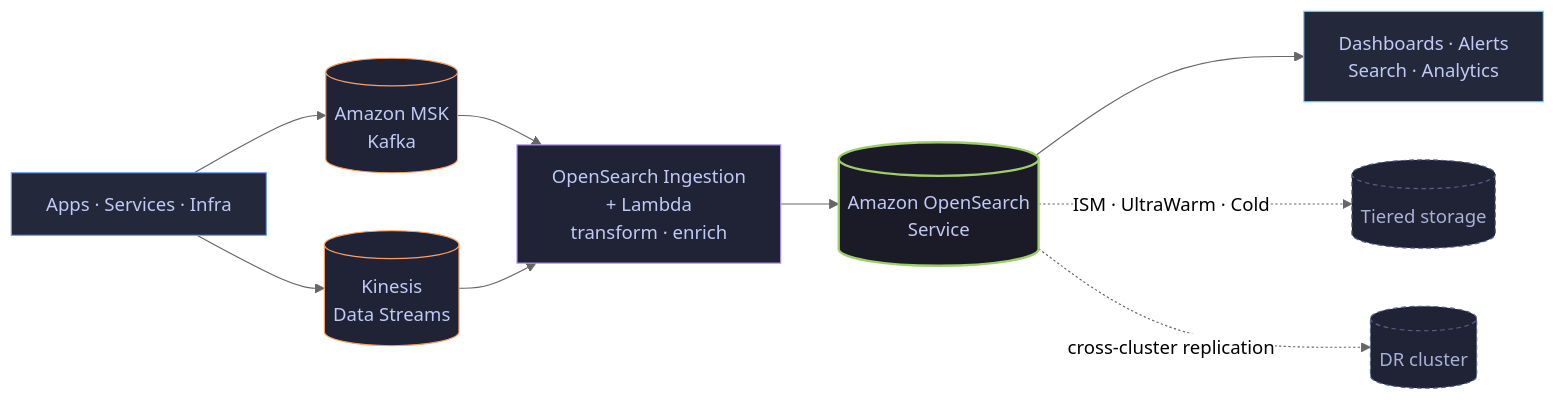
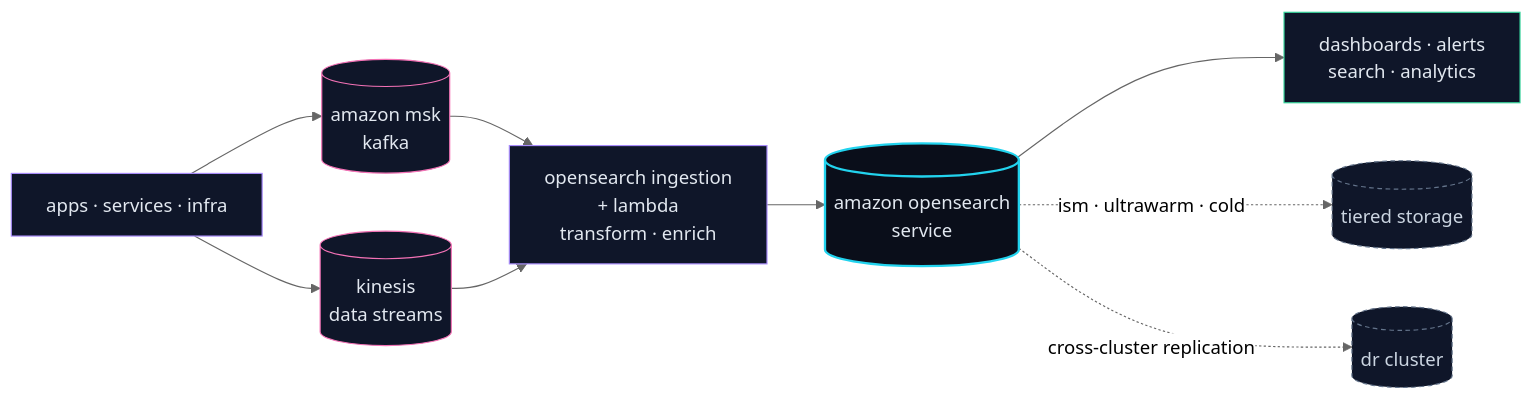
One commit to chetanpanchal27/chetanpanchal27 changed the diagram in README.md. Above: the diagram before and after it, drawn with Mermaid (neutral theme). The commit also changed other lines of this file and 4 other files, not shown here.

````diff
--- a/README.md
+++ b/README.md
@@ -51,19 +42,19 @@
 ```mermaid
 flowchart LR
-    SRC[Apps · Services · Infra]:::src
-    SRC --> MSK[(Amazon MSK<br/>Kafka)]:::stream
-    SRC --> KDS[(Kinesis<br/>Data Streams)]:::stream
-    MSK --> ING[OpenSearch Ingestion<br/>+ Lambda<br/>transform · enrich]:::ing
+    SRC[apps · services · infra]:::src
+    SRC --> MSK[(amazon msk<br/>kafka)]:::stream
+    SRC --> KDS[(kinesis<br/>data streams)]:::stream
+    MSK --> ING[opensearch ingestion<br/>+ lambda<br/>transform · enrich]:::ing
     KDS --> ING
-    ING --> OS[(Amazon OpenSearch<br/>Service)]:::os
-    OS --> DASH[Dashboards · Alerts<br/>Search · Analytics]:::out
-    OS -. ISM · UltraWarm · Cold .-> TIER[(Tiered storage)]:::tier
-    OS -. cross-cluster replication .-> DR[(DR cluster)]:::tier
+    ING --> OS[(amazon opensearch<br/>service)]:::os
+    OS --> OUT[dashboards · alerts<br/>search · analytics]:::out
+    OS -. ism · ultrawarm · cold .-> TIER[(tiered storage)]:::tier
+    OS -. cross-cluster replication .-> DR[(dr cluster)]:::tier
 
-    classDef src fill:#24283b,stroke:#7aa2f7,color:#c0caf5
-    classDef stream fill:#1f2335,stroke:#ff9e64,color:#c0caf5
-    classDef ing fill:#1f2335,stroke:#bb9af7,color:#c0caf5
-    classDef os fill:#1a1b27,stroke:#9ece6a,color:#c0caf5,stroke-width:2px
-    classDef out fill:#24283b,stroke:#7dcfff,color:#c0caf5
-    classDef tier fill:#1f2335,stroke:#565f89,color:#a9b1d6,stroke-dasharray:4 3
+    classDef src fill:#0f1629,stroke:#a78bfa,color:#e2e8f0
+    classDef stream fill:#0f1629,stroke:#f472b6,color:#e2e8f0
+    classDef ing fill:#0f1629,stroke:#a78bfa,color:#e2e8f0
+    classDef os fill:#0a0e1a,stroke:#22d3ee,color:#e2e8f0,stroke-width:2px
+    classDef out fill:#0f1629,stroke:#34d399,color:#e2e8f0
+    classDef tier fill:#0f1629,stroke:#64748b,color:#cbd5e1,stroke-dasharray:4 3
 ```
````
